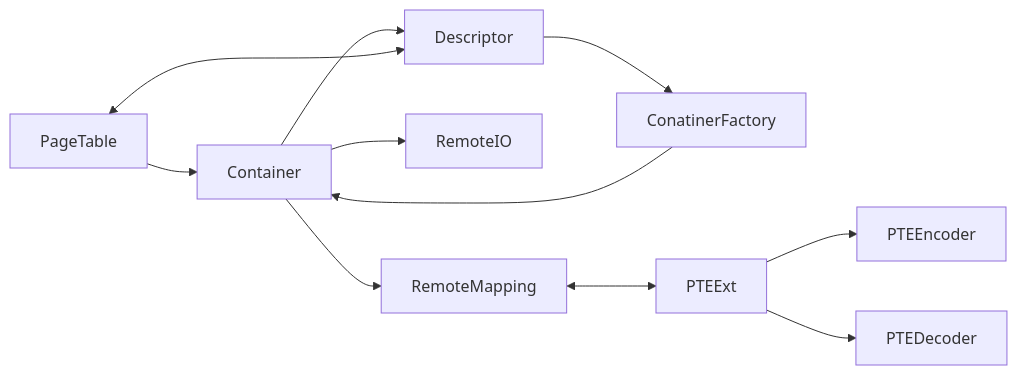
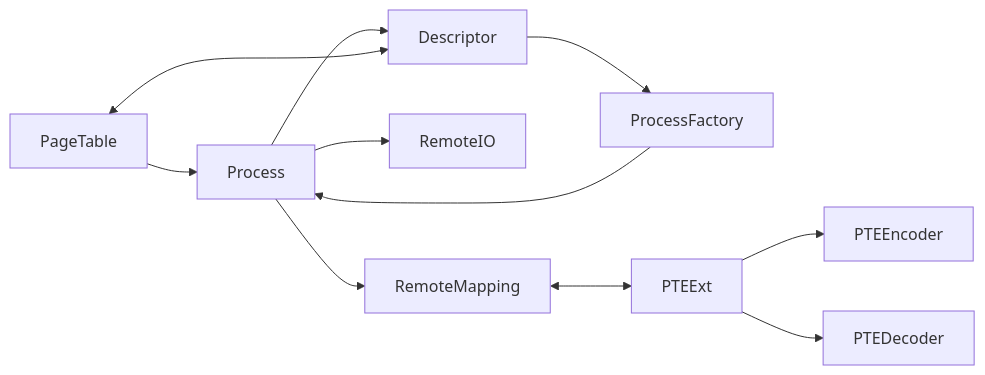
Before and after one commit to ProjectMitosisOS/mitosis-core: the second of 2 diagrams in docs/mitosis-core.md, drawn with Mermaid. The commit also changed other lines of this file, not shown here.

````diff
--- a/docs/mitosis-core.md
+++ b/docs/mitosis-core.md
@@ -52,27 +54,27 @@
 ```mermaid
 flowchart LR 
-A[Container]
+A[Process]
 B[Descriptor]
 C[RemoteIO]
 D[RemoteMapping]
-E[ConatinerFactory]
+E[ProcessFactory]
 F[PTEExt]
 G[PTEEncoder]
 H[PTEDecoder]
 Z[PageTable]
 
 A --> B
 A --> C
 A --> D
 
 E --> A
 B --> E
 
 F --> G
 F --> H
 
 D <--> F
 
 Z <--> B
 Z --> A
 ```
````
